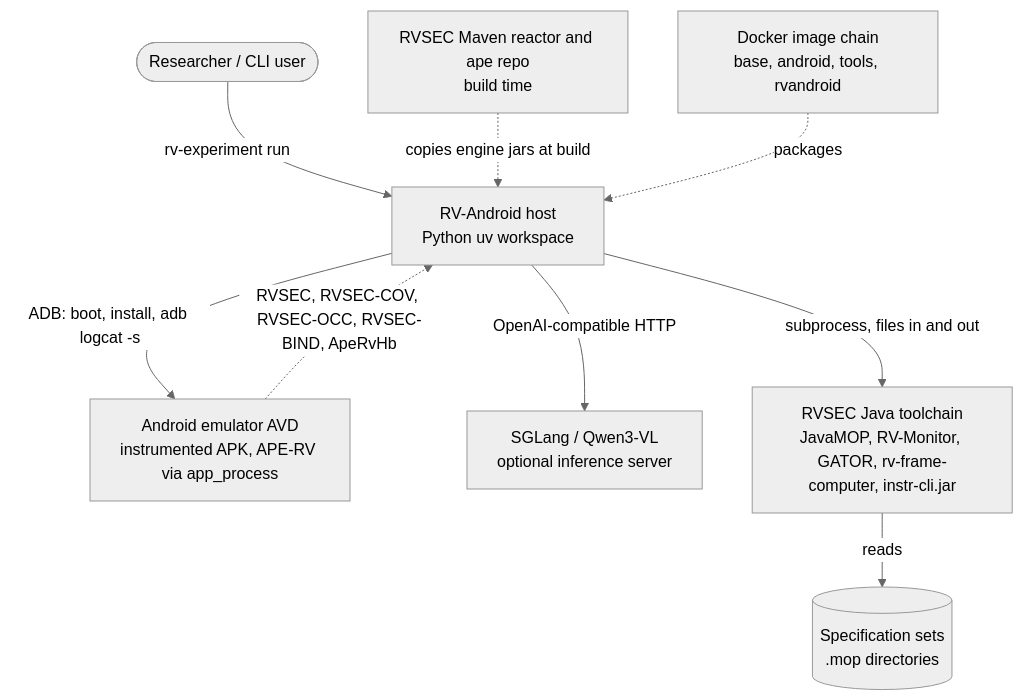
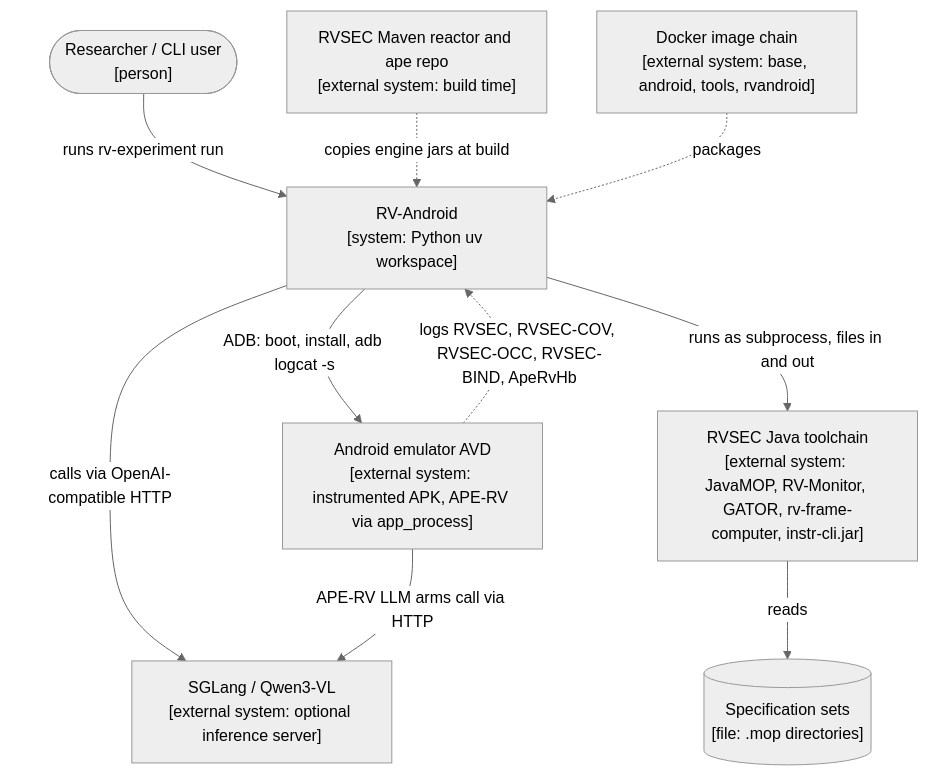
The first of 8 diagrams in rv-android/docs/architecture/rv-android.md (PAMunb/rvsec), drawn with Mermaid before and after one commit. The commit also changed other lines of this file and 7 other files, not shown here.

````diff
--- a/rv-android/docs/architecture/rv-android.md
+++ b/rv-android/docs/architecture/rv-android.md
@@ -67,21 +70,23 @@
 ```mermaid
 %%{init: {'theme': 'neutral'}}%%
 flowchart TB
-    researcher([Researcher / CLI user])
-    rvandroid[RV-Android host<br/>Python uv workspace]
-    emulator[Android emulator AVD<br/>instrumented APK, APE-RV via app_process]
-    sglang[SGLang / Qwen3-VL<br/>optional inference server]
-    javatools[RVSEC Java toolchain<br/>JavaMOP, RV-Monitor, GATOR, rv-frame-computer, instr-cli.jar]
-    specs[(Specification sets<br/>.mop directories)]
-    maven[RVSEC Maven reactor and ape repo<br/>build time]
-    docker[Docker image chain<br/>base, android, tools, rvandroid]
+    %% Source: modules/rv-experiment/src/rv_experiment/__main__.py, modules/rv-android-core/src/rv_android_core/util/android/, modules/rv-monitor-generator/src/rv_monitor_generator/, modules/rv-static-analysis/src/rv_static_analysis/config.py, modules/rv-agent/src/rv_agent/llm/llm_client.py, modules/aperv-tool/src/aperv_tool/tools/aperv/tool.py, docker/
+    researcher(["Researcher / CLI user<br/>[person]"])
+    rvandroid["RV-Android<br/>[system: Python uv workspace]"]
+    emulator["Android emulator AVD<br/>[external system: instrumented APK, APE-RV via app_process]"]
+    sglang["SGLang / Qwen3-VL<br/>[external system: optional inference server]"]
+    javatools["RVSEC Java toolchain<br/>[external system: JavaMOP, RV-Monitor, GATOR, rv-frame-computer, instr-cli.jar]"]
+    specs[("Specification sets<br/>[file: .mop directories]")]
+    maven["RVSEC Maven reactor and ape repo<br/>[external system: build time]"]
+    docker["Docker image chain<br/>[external system: base, android, tools, rvandroid]"]
 
-    researcher -->|rv-experiment run| rvandroid
-    rvandroid -->|ADB: boot, install, adb logcat -s| emulator
-    emulator -.->|RVSEC, RVSEC-COV, RVSEC-OCC, RVSEC-BIND, ApeRvHb| rvandroid
-    rvandroid -->|OpenAI-compatible HTTP| sglang
-    rvandroid -->|subprocess, files in and out| javatools
-    javatools -->|reads| specs
-    maven -.->|copies engine jars at build| rvandroid
-    docker -.->|packages| rvandroid
+    researcher -->|"runs rv-experiment run"| rvandroid
+    rvandroid -->|"ADB: boot, install, adb logcat -s"| emulator
+    emulator -.->|"logs RVSEC, RVSEC-COV, RVSEC-OCC, RVSEC-BIND, ApeRvHb"| rvandroid
+    rvandroid -->|"calls via OpenAI-compatible HTTP"| sglang
+    emulator -->|"APE-RV LLM arms call via HTTP"| sglang
+    rvandroid -->|"runs as subprocess, files in and out"| javatools
+    javatools -->|"reads"| specs
+    maven -.->|"copies engine jars at build"| rvandroid
+    docker -.->|"packages"| rvandroid
 ```
````
